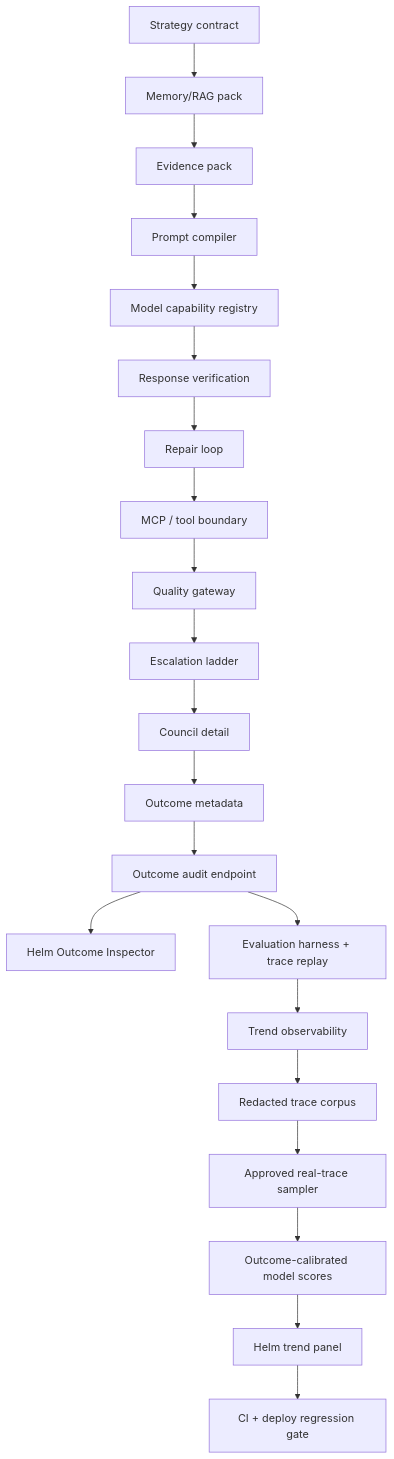
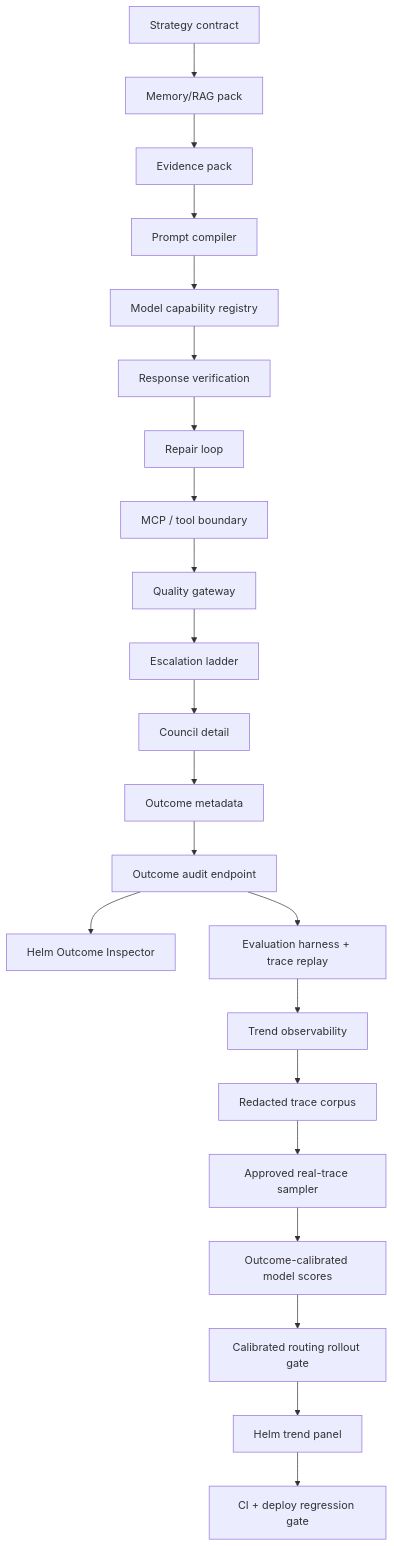
The second of 2 diagrams in docs/audit/AT0_CHAT_QUALITY_ARCHITECTURE_GAP_LEDGER_2026-07-09.md (kphaas/jarvis-alpha), drawn with Mermaid before and after one commit. The commit also changed other lines of this file and 11 other files, not shown here.

Commit message:
feat(chat): add calibrated routing rollout gate (#696)

````diff
--- a/docs/audit/AT0_CHAT_QUALITY_ARCHITECTURE_GAP_LEDGER_2026-07-09.md
+++ b/docs/audit/AT0_CHAT_QUALITY_ARCHITECTURE_GAP_LEDGER_2026-07-09.md
@@ -30,23 +30,24 @@
 ```mermaid
 flowchart TD
     S["Strategy contract"] --> M["Memory/RAG pack"]
     M --> C["Evidence pack"]
     C --> P["Prompt compiler"]
     P --> R["Model capability registry"]
     R --> V["Response verification"]
     V --> RL["Repair loop"]
     RL --> TB["MCP / tool boundary"]
     TB --> Q["Quality gateway"]
     Q --> E["Escalation ladder"]
     E --> D["Council detail"]
     D --> O["Outcome metadata"]
     O --> A["Outcome audit endpoint"]
     A --> H["Helm Outcome Inspector"]
     A --> EV["Evaluation harness + trace replay"]
     EV --> T["Trend observability"]
     T --> RC["Redacted trace corpus"]
     RC --> RS["Approved real-trace sampler"]
     RS --> MS["Outcome-calibrated model scores"]
-    MS --> HP["Helm trend panel"]
+    MS --> CR["Calibrated routing rollout gate"]
+    CR --> HP["Helm trend panel"]
     HP --> G["CI + deploy regression gate"]
 ```
````
